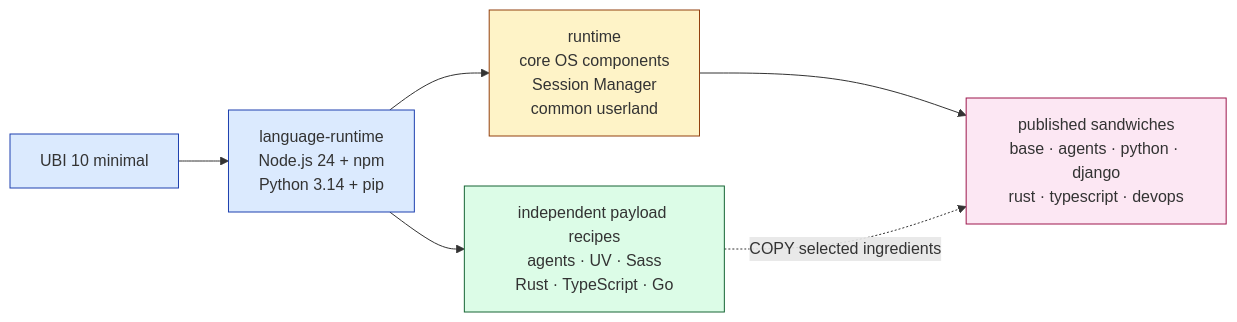
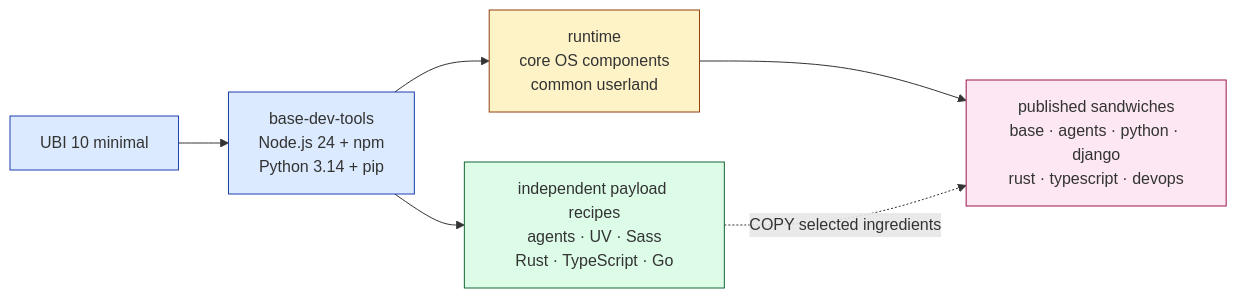
The first of 2 diagrams in docs/mermaid.md (faangbait/devcontainers), drawn with Mermaid before and after one commit. The commit also changed other lines of this file and 12 other files, not shown here.

````diff
--- a/docs/mermaid.md
+++ b/docs/mermaid.md
@@ -9,20 +9,20 @@
 ```mermaid
 flowchart LR
-    UBI["UBI 10 minimal"] --> LANG["language-runtime<br/>Node.js 24 + npm<br/>Python 3.14 + pip"]
+    UBI["UBI 10 minimal"] --> DEVTOOLS["base-dev-tools<br/>Node.js 24 + npm<br/>Python 3.14 + pip"]
 
-    LANG --> RUNTIME["runtime<br/>core OS components<br/>Session Manager<br/>common userland"]
-    LANG --> PAYLOADS["independent payload recipes<br/>agents · UV · Sass<br/>Rust · TypeScript · Go"]
+    DEVTOOLS --> RUNTIME["runtime<br/>core OS components<br/>common userland"]
+    DEVTOOLS --> PAYLOADS["independent payload recipes<br/>agents · UV · Sass<br/>Rust · TypeScript · Go"]
 
     RUNTIME --> TARGETS["published sandwiches<br/>base · agents · python · django<br/>rust · typescript · devops"]
     PAYLOADS -. "COPY selected ingredients" .-> TARGETS
 
     classDef stable fill:#dbeafe,stroke:#1e40af
     classDef editable fill:#fef3c7,stroke:#92400e
     classDef payload fill:#dcfce7,stroke:#166534
     classDef target fill:#fce7f3,stroke:#9d174d
 
-    class UBI,LANG stable
+    class UBI,DEVTOOLS stable
     class RUNTIME editable
     class PAYLOADS payload
     class TARGETS target
 ```
````
